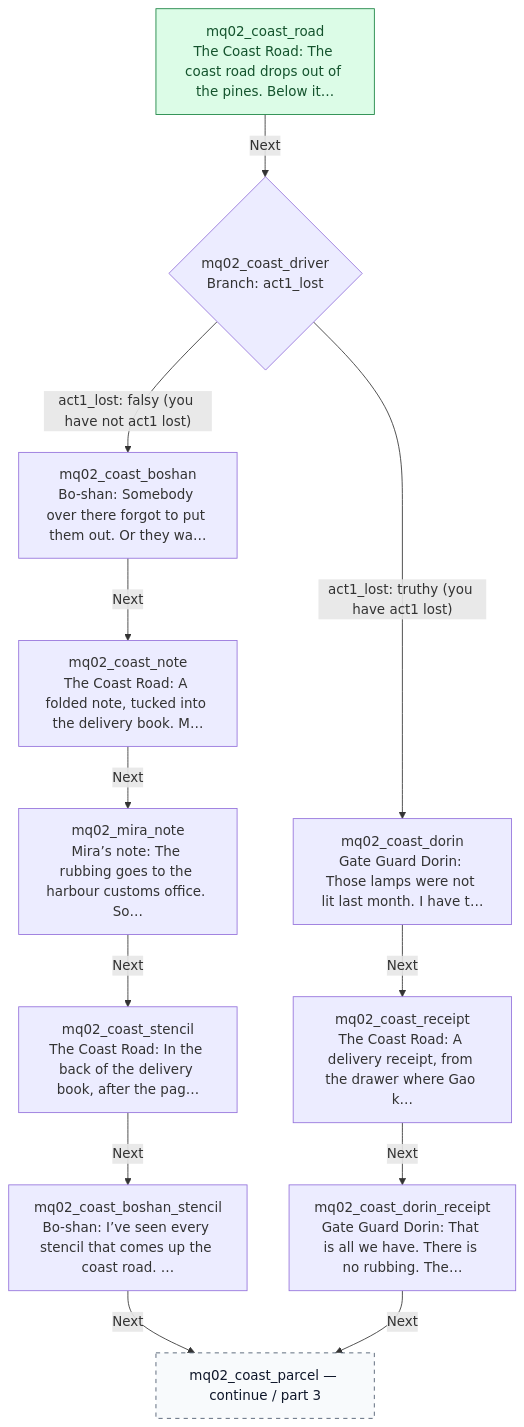
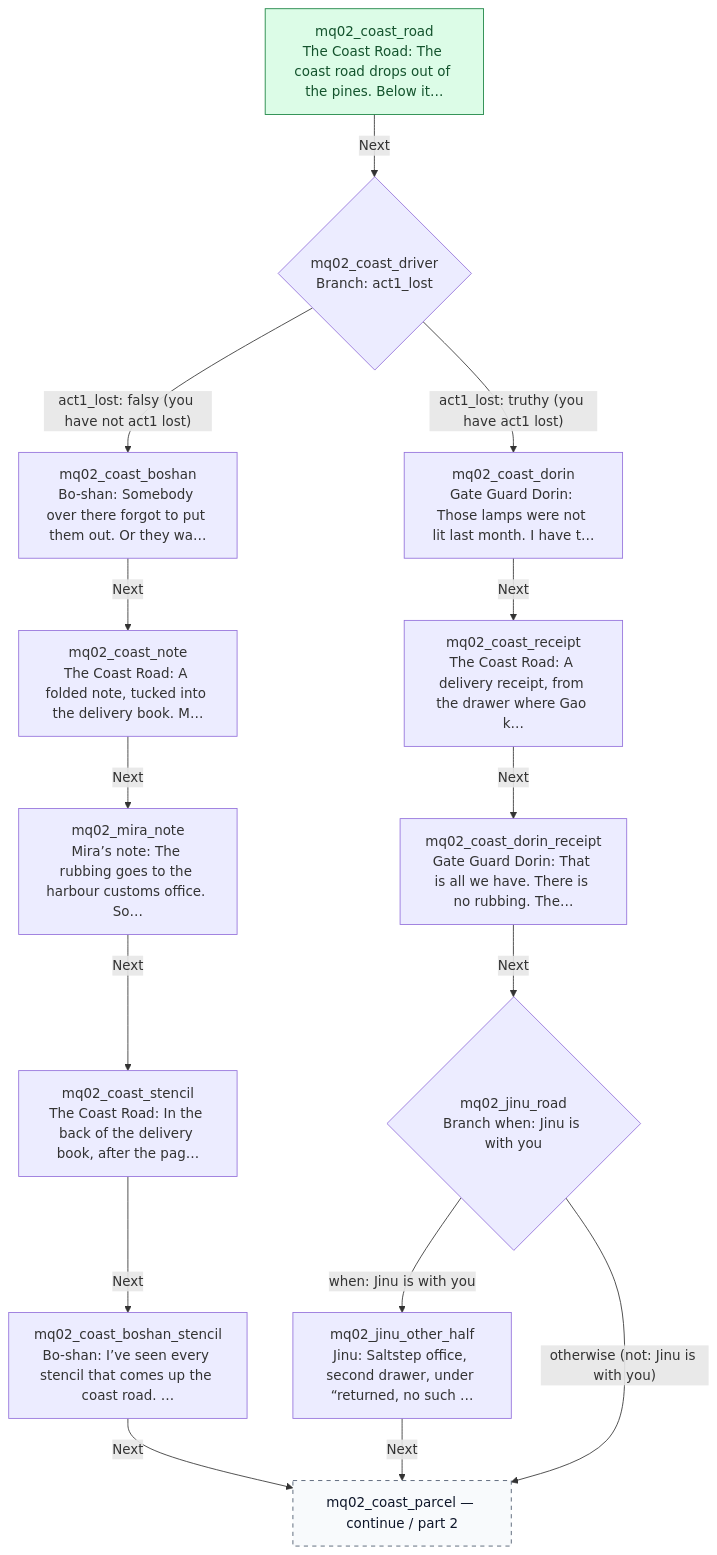
One commit to jaredbahr/Avatarrpg changed the third of 12 diagrams in docs/story/mq02-paper-and-stone.md. Above: the diagram before and after it, drawn with Mermaid. The commit also changed other lines of this file and 20 other files, not shown here.

````diff
--- a/docs/story/mq02-paper-and-stone.md
+++ b/docs/story/mq02-paper-and-stone.md
@@ -102,28 +77,33 @@
 ```mermaid
 flowchart TD
-  n140["mq02_coast_road<br/>The Coast Road: The coast road drops out of the pines. Below it…"]:::entry
-  n135{"mq02_coast_driver<br/>Branch: act1_lost"}
-  n131["mq02_coast_dorin<br/>Gate Guard Dorin: Those lamps were not lit last month. I have t…"]
-  n129["mq02_coast_boshan<br/>Bo-shan: Somebody over there forgot to put them out. Or they wa…"]
-  n138["mq02_coast_receipt<br/>The Coast Road: A delivery receipt, from the drawer where Gao k…"]
-  n136["mq02_coast_note<br/>The Coast Road: A folded note, tucked into the delivery book. M…"]
-  n133["mq02_coast_dorin_receipt<br/>Gate Guard Dorin: That is all we have. There is no rubbing. The…"]
-  n178["mq02_mira_note<br/>Mira’s note: The rubbing goes to the harbour customs office. So…"]
-  n142["mq02_coast_stencil<br/>The Coast Road: In the back of the delivery book, after the pag…"]
-  n130["mq02_coast_boshan_stencil<br/>Bo-shan: I’ve seen every stencil that comes up the coast road. …"]
-  n137["mq02_coast_parcel — continue / part 3"]:::continuation
-  n129 -->|"Next"| n136
-  n130 -->|"Next"| n137
-  n131 -->|"Next"| n138
-  n133 -->|"Next"| n137
-  n135 -->|"act1_lost: truthy (you have act1 lost)"| n131
-  n135 -->|"act1_lost: falsy (you have not act1 lost)"| n129
-  n136 -->|"Next"| n178
-  n138 -->|"Next"| n133
-  n140 -->|"Next"| n135
-  n142 -->|"Next"| n130
-  n178 -->|"Next"| n142
+  n133["mq02_coast_road<br/>The Coast Road: The coast road drops out of the pines. Below it…"]:::entry
+  n129{"mq02_coast_driver<br/>Branch: act1_lost"}
+  n127["mq02_coast_dorin<br/>Gate Guard Dorin: Those lamps were not lit last month. I have t…"]
+  n125["mq02_coast_boshan<br/>Bo-shan: Somebody over there forgot to put them out. Or they wa…"]
+  n132["mq02_coast_receipt<br/>The Coast Road: A delivery receipt, from the drawer where Gao k…"]
+  n130["mq02_coast_note<br/>The Coast Road: A folded note, tucked into the delivery book. M…"]
+  n128["mq02_coast_dorin_receipt<br/>Gate Guard Dorin: That is all we have. There is no rubbing. The…"]
+  n172["mq02_mira_note<br/>Mira’s note: The rubbing goes to the harbour customs office. So…"]
+  n163{"mq02_jinu_road<br/>Branch when: Jinu is with you"}
+  n134["mq02_coast_stencil<br/>The Coast Road: In the back of the delivery book, after the pag…"]
+  n162["mq02_jinu_other_half<br/>Jinu: Saltstep office, second drawer, under “returned, no such …"]
+  n126["mq02_coast_boshan_stencil<br/>Bo-shan: I’ve seen every stencil that comes up the coast road. …"]
+  n131["mq02_coast_parcel — continue / part 2"]:::continuation
+  n125 -->|"Next"| n130
+  n126 -->|"Next"| n131
+  n127 -->|"Next"| n132
+  n128 -->|"Next"| n163
+  n129 -->|"act1_lost: truthy (you have act1 lost)"| n127
+  n129 -->|"act1_lost: falsy (you have not act1 lost)"| n125
+  n130 -->|"Next"| n172
+  n132 -->|"Next"| n128
+  n133 -->|"Next"| n129
+  n134 -->|"Next"| n126
+  n162 -->|"Next"| n131
+  n163 -->|"when: Jinu is with you"| n162
+  n163 -->|"otherwise (not: Jinu is with you)"| n131
+  n172 -->|"Next"| n134
   classDef entry fill:#dcfce7,stroke:#15803d,color:#14532d
   classDef external fill:#f3e8ff,stroke:#7e22ce,color:#581c87
   classDef continuation fill:#f8fafc,stroke:#475569,color:#0f172a,stroke-dasharray:5 5
 ```
````
